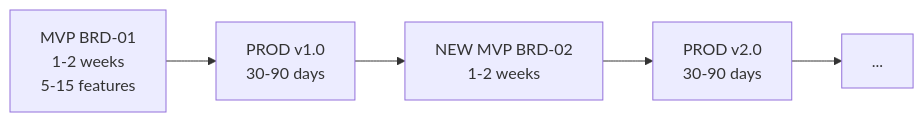
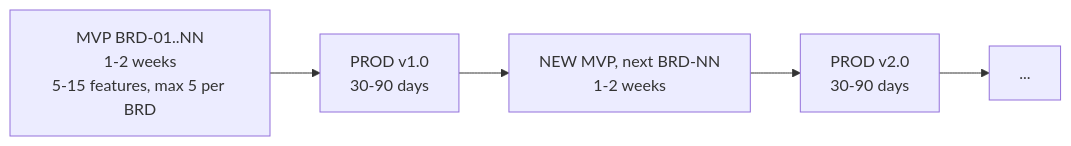
One commit to vladm3105/aidoc-flow-framework changed the diagram in platforms/hermes/agent-skills/spec-driven-development/sdd-orchestrator/root-docs/README.md. Above: the diagram before and after it, drawn with Mermaid. The commit also changed other lines of this file and 198 other files, not shown here.

````diff
--- a/platforms/hermes/agent-skills/spec-driven-development/sdd-orchestrator/root-docs/README.md
+++ b/platforms/hermes/agent-skills/spec-driven-development/sdd-orchestrator/root-docs/README.md
@@ -11,6 +11,6 @@
 ```mermaid
 flowchart LR
-  MVP1[MVP BRD-01<br/>1-2 weeks<br/>5-15 features] --> PROD1[PROD v1.0<br/>30-90 days]
-  PROD1 --> MVP2[NEW MVP BRD-02<br/>1-2 weeks] --> PROD2[PROD v2.0<br/>30-90 days]
+  MVP1[MVP BRD-01..NN<br/>1-2 weeks<br/>5-15 features, max 5 per BRD] --> PROD1[PROD v1.0<br/>30-90 days]
+  PROD1 --> MVP2[NEW MVP, next BRD-NN<br/>1-2 weeks] --> PROD2[PROD v2.0<br/>30-90 days]
   PROD2 --> NEXT[...]
 ```
````
